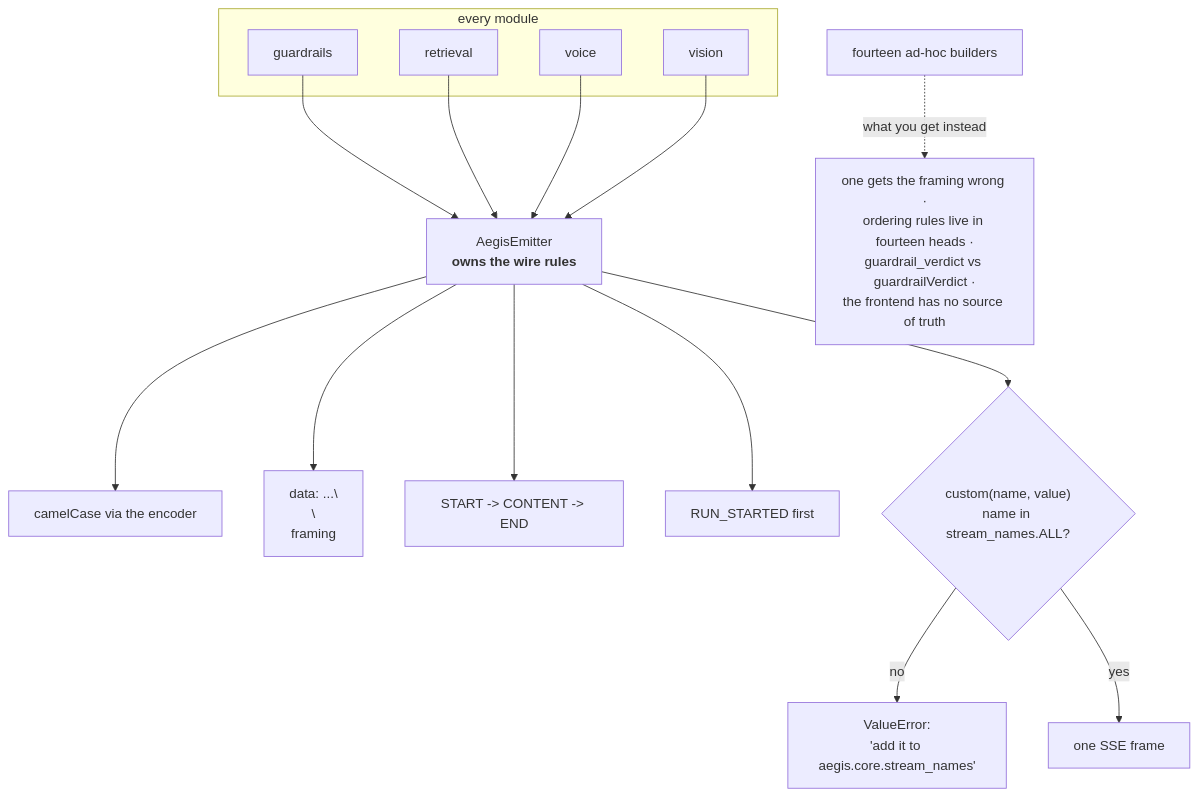
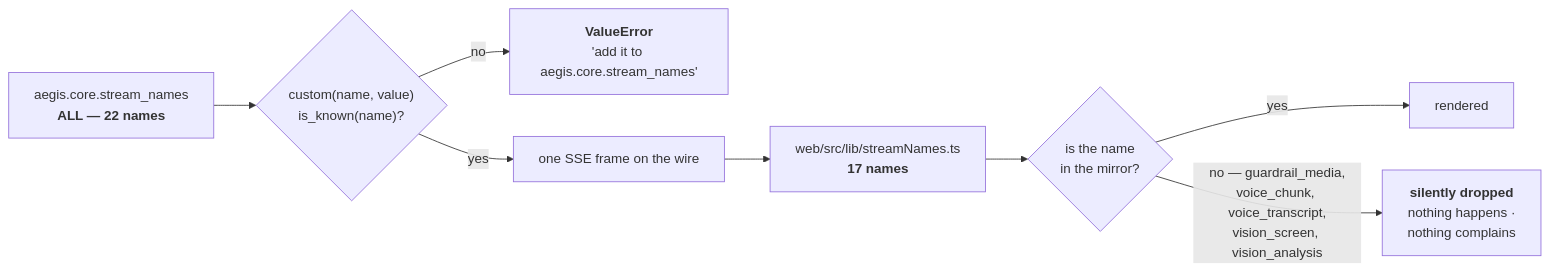
Before and after one commit to yrevash/aegis: the fourth of 5 diagrams in docs/teaching/core/40-diagrams.md, drawn with Mermaid. The commit also changed other lines of this file and 111 other files, not shown here.

````diff
--- a/docs/teaching/core/40-diagrams.md
+++ b/docs/teaching/core/40-diagrams.md
@@ -120,27 +145,11 @@
 ```mermaid
-flowchart TB
-    subgraph MODS["every module"]
-        M1["guardrails"]
-        M2["retrieval"]
-        M3["voice"]
-        M4["vision"]
-    end
+flowchart LR
+    PY["aegis.core.stream_names<br/><b>ALL — 22 names</b>"] --> C{"custom(name, value)<br/>is_known(name)?"}
+    C -->|no| ERR["<b>ValueError</b><br/>'add it to aegis.core.stream_names'"]
+    C -->|yes| FRAME["one SSE frame on the wire"]
 
-    M1 --> EM
-    M2 --> EM
-    M3 --> EM
-    M4 --> EM
-
-    EM["AegisEmitter<br/><b>owns the wire rules</b>"]
-
-    EM --> W1["camelCase via the encoder"]
-    EM --> W2["data: ...\\n\\n framing"]
-    EM --> W3["START -> CONTENT -> END"]
-    EM --> W4["RUN_STARTED first"]
-
-    EM --> VAL{"custom(name, value)<br/>name in stream_names.ALL?"}
-    VAL -->|no| ERR["ValueError:<br/>'add it to aegis.core.stream_names'"]
-    VAL -->|yes| SSE["one SSE frame"]
-
-    ALT["fourteen ad-hoc builders"] -.->|"what you get instead"| PROB["one gets the framing wrong ·<br/>ordering rules live in fourteen heads ·<br/>guardrail_verdict vs guardrailVerdict ·<br/>the frontend has no source of truth"]
+    FRAME --> TS["web/src/lib/streamNames.ts<br/><b>17 names</b>"]
+    TS --> C2{"is the name<br/>in the mirror?"}
+    C2 -->|yes| RENDER["rendered"]
+    C2 -->|"no — guardrail_media,<br/>voice_chunk, voice_transcript,<br/>vision_screen, vision_analysis"| DROP["<b>silently dropped</b><br/>nothing happens ·<br/>nothing complains"]
 ```
````
